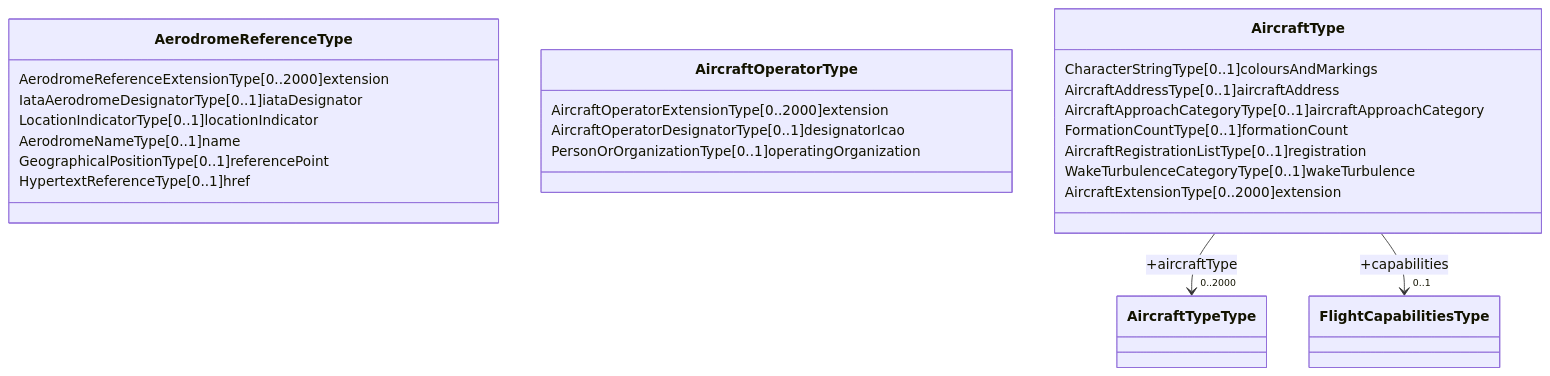
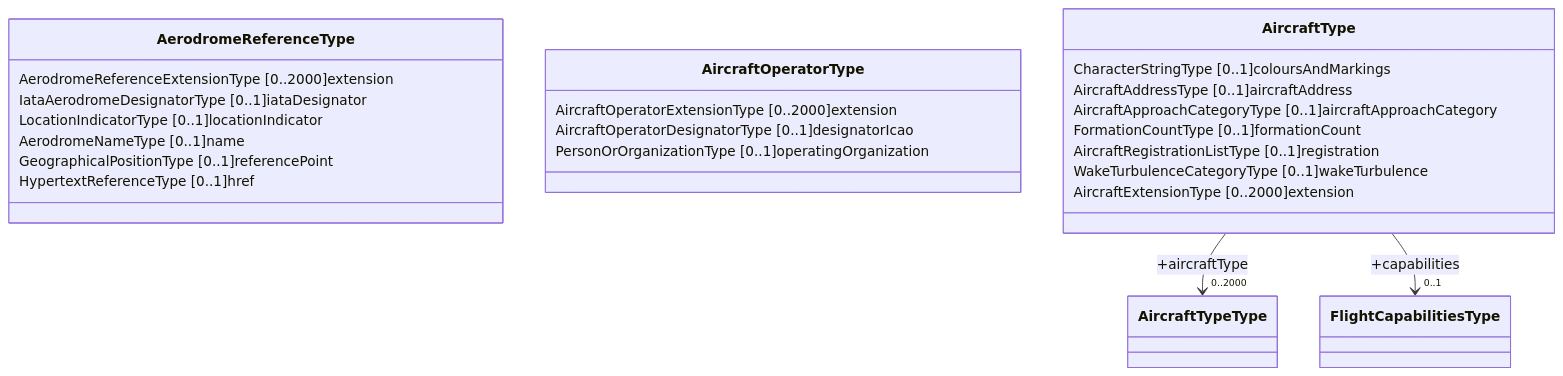
One commit to du-lapin/test_docsify changed the fourth of 4 diagrams in docs/fixm/FIXM_UML_in_mermaid.md. Above: the diagram before and after it, drawn with Mermaid.

````diff
--- a/docs/fixm/FIXM_UML_in_mermaid.md
+++ b/docs/fixm/FIXM_UML_in_mermaid.md
@@ -44,21 +44,21 @@
 ```mermaid
 classDiagram
-AerodromeReferenceType : AerodromeReferenceExtensionType[0..2000]extension	
-AerodromeReferenceType : IataAerodromeDesignatorType[0..1]iataDesignator	
-AerodromeReferenceType : LocationIndicatorType[0..1]locationIndicator	
-AerodromeReferenceType : AerodromeNameType[0..1]name	
-AerodromeReferenceType : GeographicalPositionType[0..1]referencePoint	
-AerodromeReferenceType : HypertextReferenceType[0..1]href	
-AircraftOperatorType : AircraftOperatorExtensionType[0..2000]extension	
-AircraftOperatorType : AircraftOperatorDesignatorType[0..1]designatorIcao	
-AircraftOperatorType : PersonOrOrganizationType[0..1]operatingOrganization	
-AircraftType : CharacterStringType[0..1]coloursAndMarkings	
-AircraftType : AircraftAddressType[0..1]aircraftAddress	
-AircraftType : AircraftApproachCategoryType[0..1]aircraftApproachCategory	
+AerodromeReferenceType : AerodromeReferenceExtensionType [0..2000]extension	
+AerodromeReferenceType : IataAerodromeDesignatorType [0..1]iataDesignator	
+AerodromeReferenceType : LocationIndicatorType [0..1]locationIndicator	
+AerodromeReferenceType : AerodromeNameType [0..1]name	
+AerodromeReferenceType : GeographicalPositionType [0..1]referencePoint	
+AerodromeReferenceType : HypertextReferenceType [0..1]href	
+AircraftOperatorType : AircraftOperatorExtensionType [0..2000]extension	
+AircraftOperatorType : AircraftOperatorDesignatorType [0..1]designatorIcao	
+AircraftOperatorType : PersonOrOrganizationType [0..1]operatingOrganization	
+AircraftType : CharacterStringType [0..1]coloursAndMarkings	
+AircraftType : AircraftAddressType [0..1]aircraftAddress	
+AircraftType : AircraftApproachCategoryType [0..1]aircraftApproachCategory	
 AircraftType --> "0..2000" AircraftTypeType : +aircraftType	
 AircraftType --> "0..1" FlightCapabilitiesType : +capabilities	
-AircraftType : FormationCountType[0..1]formationCount	
-AircraftType : AircraftRegistrationListType[0..1]registration	
-AircraftType : WakeTurbulenceCategoryType[0..1]wakeTurbulence	
-AircraftType : AircraftExtensionType[0..2000]extension	
+AircraftType : FormationCountType [0..1]formationCount	
+AircraftType : AircraftRegistrationListType [0..1]registration	
+AircraftType : WakeTurbulenceCategoryType [0..1]wakeTurbulence	
+AircraftType : AircraftExtensionType [0..2000]extension	
 ```
````
